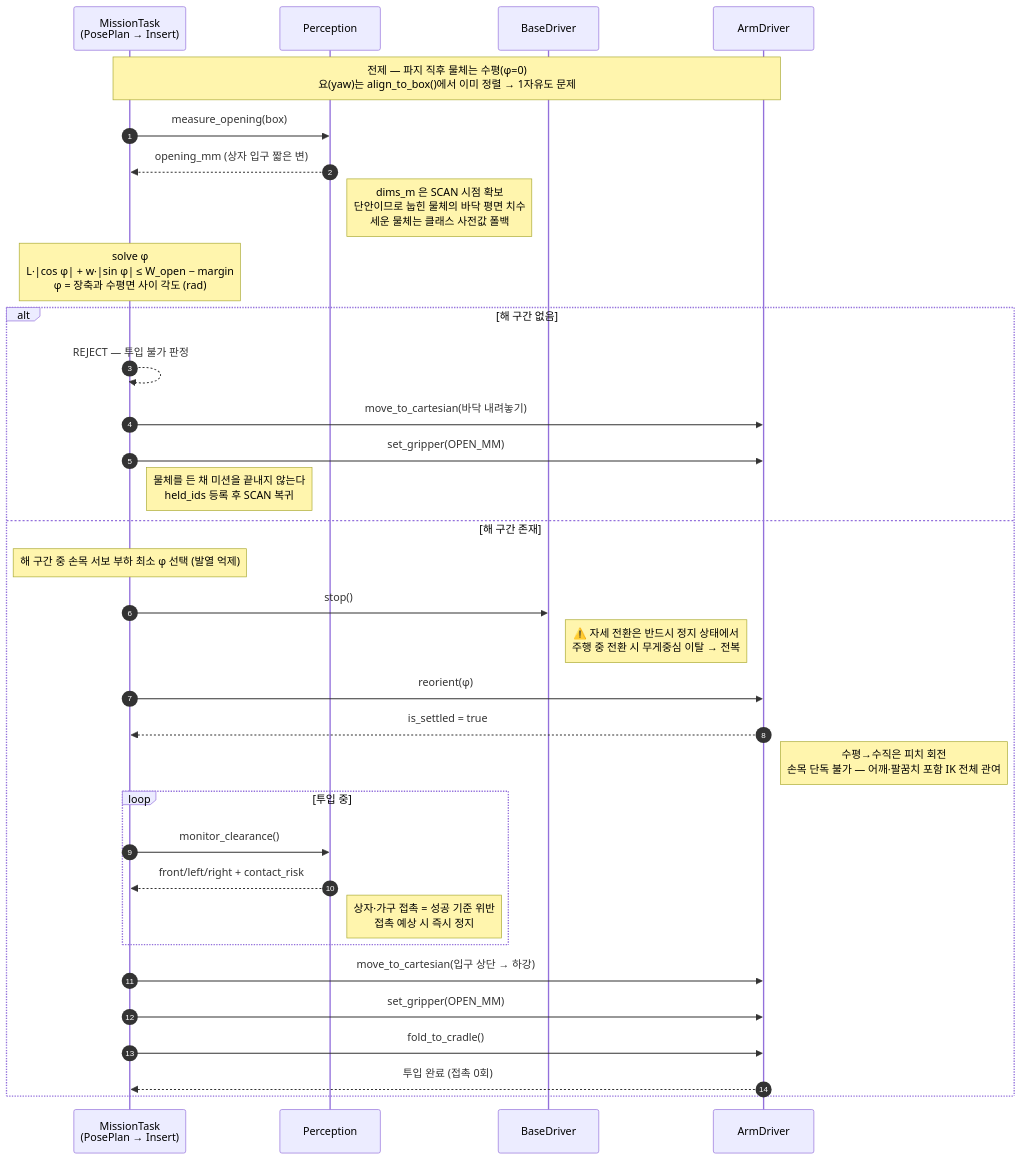
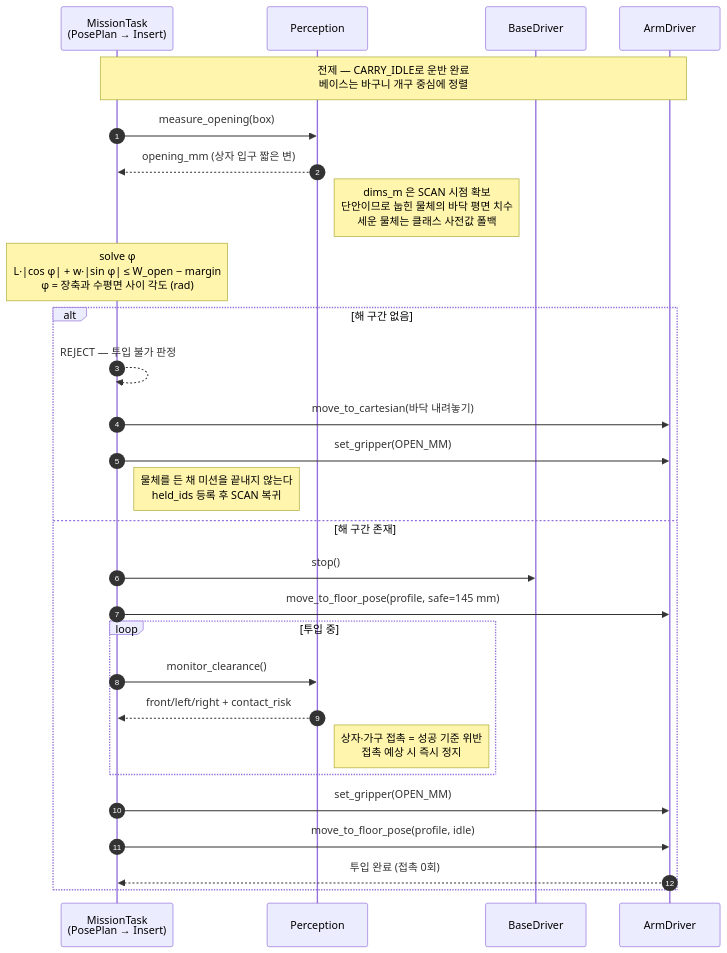
The third of 5 diagrams in docs/design/sequences.md (grippers-intel/grippers), drawn with Mermaid before and after one commit. The commit also changed other lines of this file and 7 other files, not shown here.

Commit message:
feat(arm): carry objects in idle cradle

````diff
--- a/docs/design/sequences.md
+++ b/docs/design/sequences.md
@@ -187,41 +189,36 @@
 ```mermaid
 sequenceDiagram
     autonumber
     participant T as MissionTask<br/>(PosePlan → Insert)
     participant P as Perception
     participant B as BaseDriver
     participant A as ArmDriver
 
-    Note over T,A: 전제 — 파지 직후 물체는 수평(φ=0)<br/>요(yaw)는 align_to_box()에서 이미 정렬 → 1자유도 문제
+    Note over T,A: 전제 — CARRY_IDLE로 운반 완료<br/>베이스는 바구니 개구 중심에 정렬
 
     T->>P: measure_opening(box)
     P-->>T: opening_mm (상자 입구 짧은 변)
     Note right of P: dims_m 은 SCAN 시점 확보<br/>단안이므로 눕힌 물체의 바닥 평면 치수<br/>세운 물체는 클래스 사전값 폴백
 
     Note over T: solve φ<br/>L·|cos φ| + w·|sin φ| ≤ W_open − margin<br/>φ = 장축과 수평면 사이 각도 (rad)
 
     alt 해 구간 없음
         T-->>T: REJECT — 투입 불가 판정
         T->>A: move_to_cartesian(바닥 내려놓기)
         T->>A: set_gripper(OPEN_MM)
         Note right of T: 물체를 든 채 미션을 끝내지 않는다<br/>held_ids 등록 후 SCAN 복귀
     else 해 구간 존재
-        Note over T: 해 구간 중 손목 서보 부하 최소 φ 선택 (발열 억제)
         T->>B: stop()
-        Note right of B: ⚠️ 자세 전환은 반드시 정지 상태에서<br/>주행 중 전환 시 무게중심 이탈 → 전복
-        T->>A: reorient(φ)
-        A-->>T: is_settled = true
-        Note right of A: 수평→수직은 피치 회전<br/>손목 단독 불가 — 어깨·팔꿈치 포함 IK 전체 관여
+        T->>A: move_to_floor_pose(profile, safe=145 mm)
 
         loop 투입 중
             T->>P: monitor_clearance()
             P-->>T: front/left/right + contact_risk
             Note right of P: 상자·가구 접촉 = 성공 기준 위반<br/>접촉 예상 시 즉시 정지
         end
 
-        T->>A: move_to_cartesian(입구 상단 → 하강)
         T->>A: set_gripper(OPEN_MM)
-        T->>A: fold_to_cradle()
+        T->>A: move_to_floor_pose(profile, idle)
         A-->>T: 투입 완료 (접촉 0회)
     end
 ```
````
